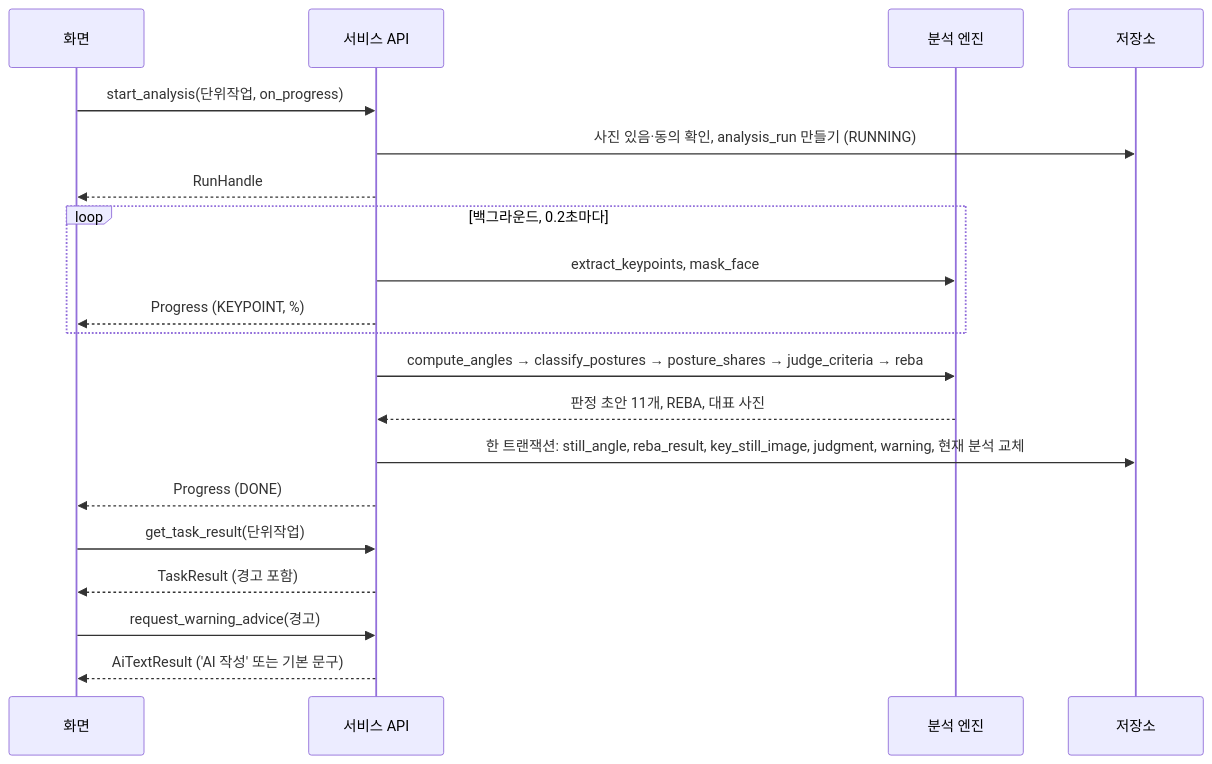
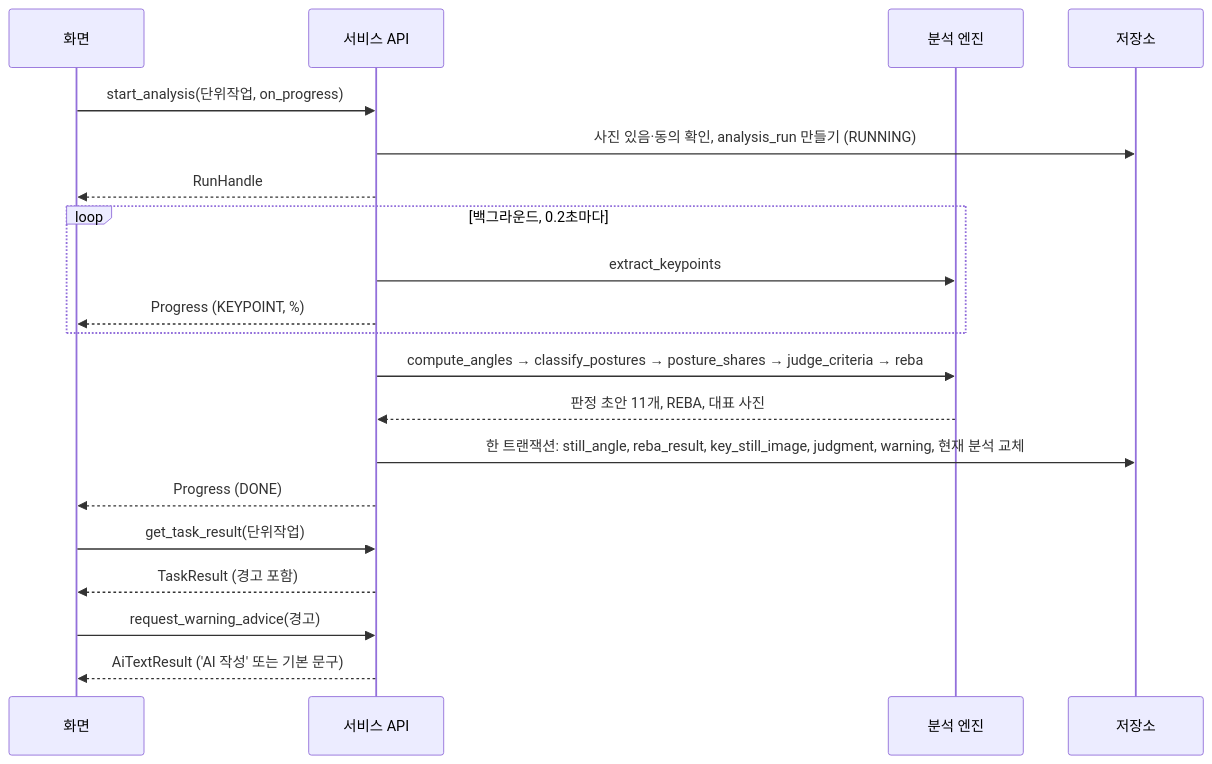
One commit to LOCO-KOREA/LOCO changed the third of 4 diagrams in docs_src/api/api_template.md. Above: the diagram before and after it, drawn with Mermaid. The commit also changed other lines of this file and 43 other files, not shown here.

````diff
--- a/docs_src/api/api_template.md
+++ b/docs_src/api/api_template.md
@@ -423,22 +423,22 @@
 ```mermaid
 sequenceDiagram
   participant UI as 화면
   participant S as 서비스 API
   participant E as 분석 엔진
   participant DB as 저장소
   UI->>S: start_analysis(단위작업, on_progress)
   S->>DB: 사진 있음·동의 확인, analysis_run 만들기 (RUNNING)
   S-->>UI: RunHandle
   loop 백그라운드, 0.2초마다
-    S->>E: extract_keypoints, mask_face
+    S->>E: extract_keypoints
     S-->>UI: Progress (KEYPOINT, %)
   end
   S->>E: compute_angles → classify_postures → posture_shares → judge_criteria → reba
   E-->>S: 판정 초안 11개, REBA, 대표 사진
   S->>DB: 한 트랜잭션: still_angle, reba_result, key_still_image, judgment, warning, 현재 분석 교체
   S-->>UI: Progress (DONE)
   UI->>S: get_task_result(단위작업)
   S-->>UI: TaskResult (경고 포함)
   UI->>S: request_warning_advice(경고)
   S-->>UI: AiTextResult ('AI 작성' 또는 기본 문구)
 ```
````
